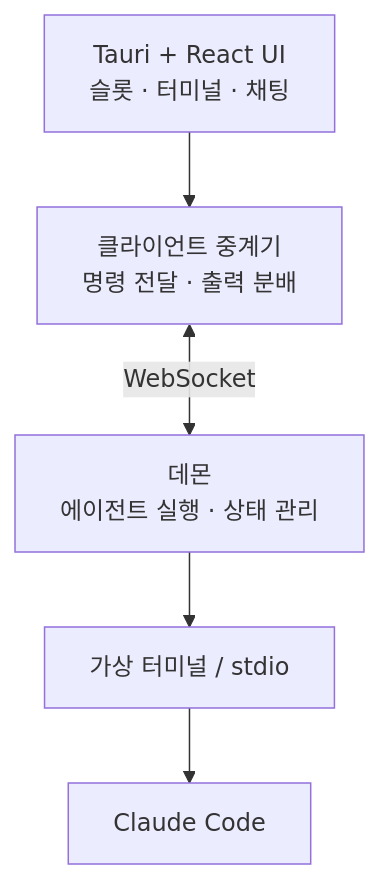
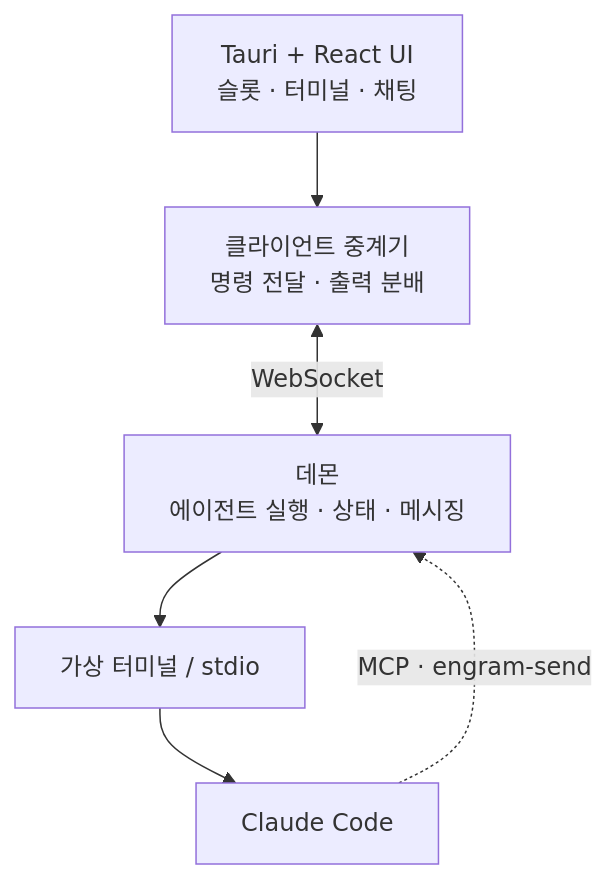
Before and after one commit to kimsunzun/engram-dashboard: the diagram in README.md, drawn with Mermaid. The commit also changed other lines of this file, not shown here.

````diff
--- a/README.md
+++ b/README.md
@@ -35,13 +65,14 @@
 ```mermaid
 graph TB
     UI["Tauri + React UI<br/>슬롯 · 터미널 · 채팅"]
     Client["클라이언트 중계기<br/>명령 전달 · 출력 분배"]
-    Daemon["데몬<br/>에이전트 실행 · 상태 관리"]
+    Daemon["데몬<br/>에이전트 실행 · 상태 · 메시징"]
     PTY["가상 터미널 / stdio"]
     Claude["Claude Code"]
 
     UI --> Client
     Client <-->|WebSocket| Daemon
     Daemon --> PTY
     PTY --> Claude
+    Claude -.->|MCP · engram-send| Daemon
 ```
````
